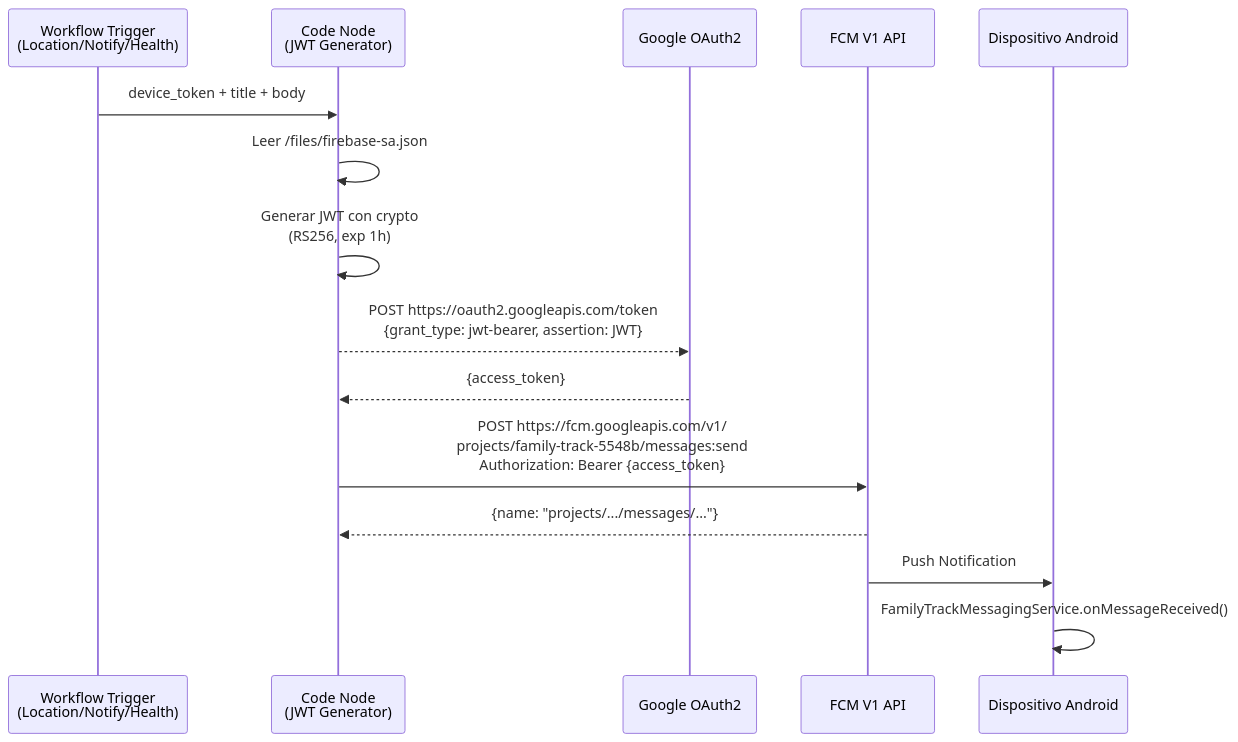
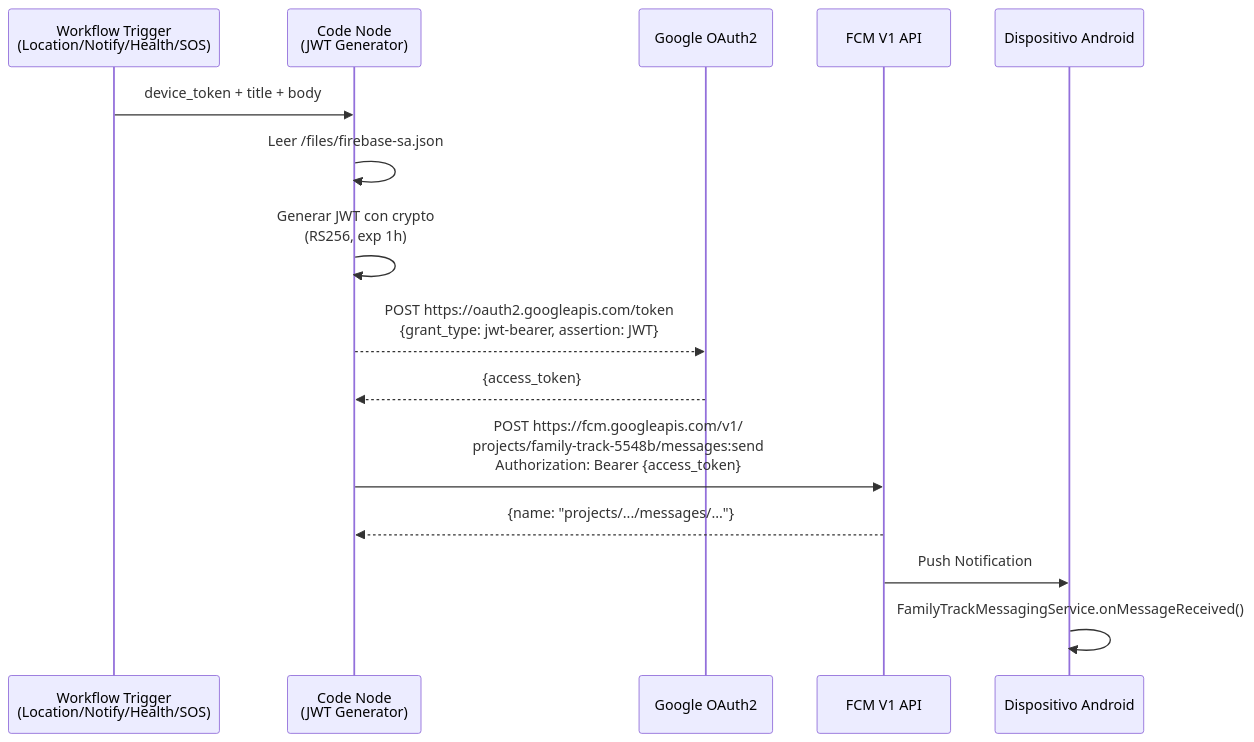
One commit to monghithub/familitrack changed the seventh of 16 diagrams in docs/architecture.md. Above: the diagram before and after it, drawn with Mermaid. The commit also changed other lines of this file and 7 other files, not shown here.

````diff
--- a/docs/architecture.md
+++ b/docs/architecture.md
@@ -260,18 +331,18 @@
 ```mermaid
 sequenceDiagram
-    participant TRIGGER as Workflow Trigger<br/>(Location/Notify/Health)
+    participant TRIGGER as Workflow Trigger<br/>(Location/Notify/Health/SOS)
     participant CODE as Code Node<br/>(JWT Generator)
     participant OAUTH as Google OAuth2
     participant FCM as FCM V1 API
     participant DEVICE as Dispositivo Android
 
     TRIGGER->>CODE: device_token + title + body
     CODE->>CODE: Leer /files/firebase-sa.json
     CODE->>CODE: Generar JWT con crypto<br/>(RS256, exp 1h)
     CODE-->>OAUTH: POST https://oauth2.googleapis.com/token<br/>{grant_type: jwt-bearer, assertion: JWT}
     OAUTH-->>CODE: {access_token}
     CODE->>FCM: POST https://fcm.googleapis.com/v1/<br/>projects/family-track-5548b/messages:send<br/>Authorization: Bearer {access_token}
     FCM-->>CODE: {name: "projects/.../messages/..."}
     FCM->>DEVICE: Push Notification
     DEVICE->>DEVICE: FamilyTrackMessagingService.onMessageReceived()
 ```
````
